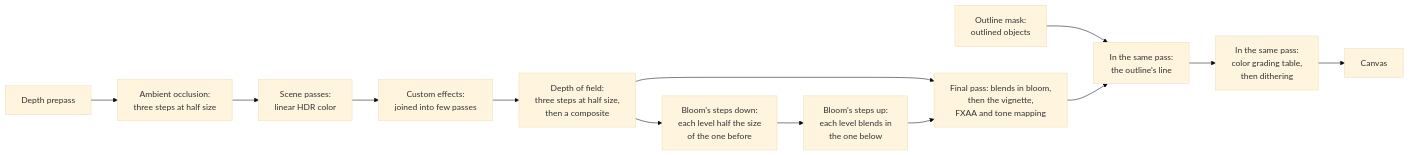
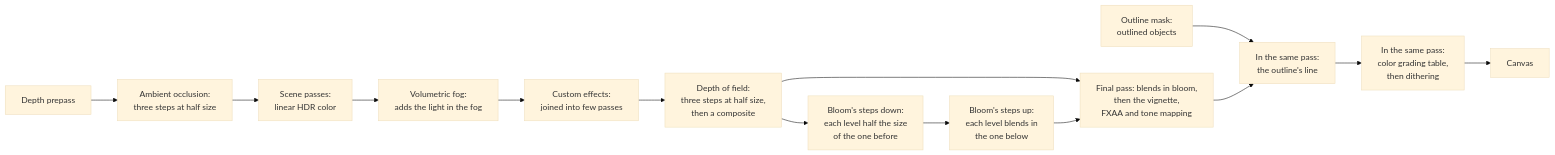
One commit to null3d-engine/null3d changed the diagram in docs/concepts/post-processing.md. Above: the diagram before and after it, drawn with Mermaid (base theme). The commit also changed other lines of this file and 50 other files, not shown here.

First line of the commit message:
feat(engine): light the fog with the sun and lamps through their shadows

````diff
--- a/docs/concepts/post-processing.md
+++ b/docs/concepts/post-processing.md
@@ -13,15 +13,16 @@
 ```mermaid
 flowchart LR
     prepass["Depth prepass"] --> ao["Ambient occlusion:<br/>three steps at half size"]
     ao --> scene
-    scene["Scene passes:<br/>linear HDR color"] --> custom["Custom effects:<br/>joined into few passes"]
+    scene["Scene passes:<br/>linear HDR color"] --> fog["Volumetric fog:<br/>adds the light in the fog"]
+    fog --> custom["Custom effects:<br/>joined into few passes"]
     custom --> dof["Depth of field:<br/>three steps at half size,<br/>then a composite"]
     dof --> down["Bloom's steps down:<br/>each level half the size<br/>of the one before"]
     down --> up["Bloom's steps up:<br/>each level blends in<br/>the one below"]
     dof --> final["Final pass: blends in bloom,<br/>then the vignette,<br/>FXAA and tone mapping"]
     up --> final
     mask["Outline mask:<br/>outlined objects"] --> line
     final --> line["In the same pass:<br/>the outline's line"]
     line --> grade["In the same pass:<br/>color grading table,<br/>then dithering"]
     grade --> canvas["Canvas"]
 ```
````
